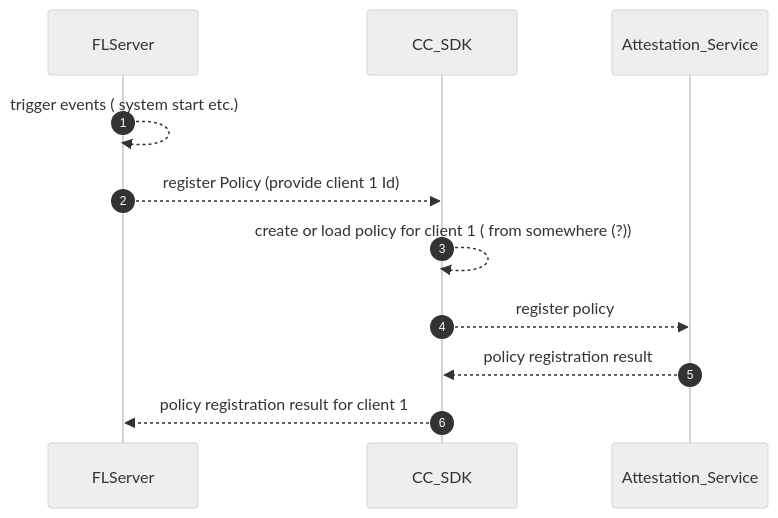
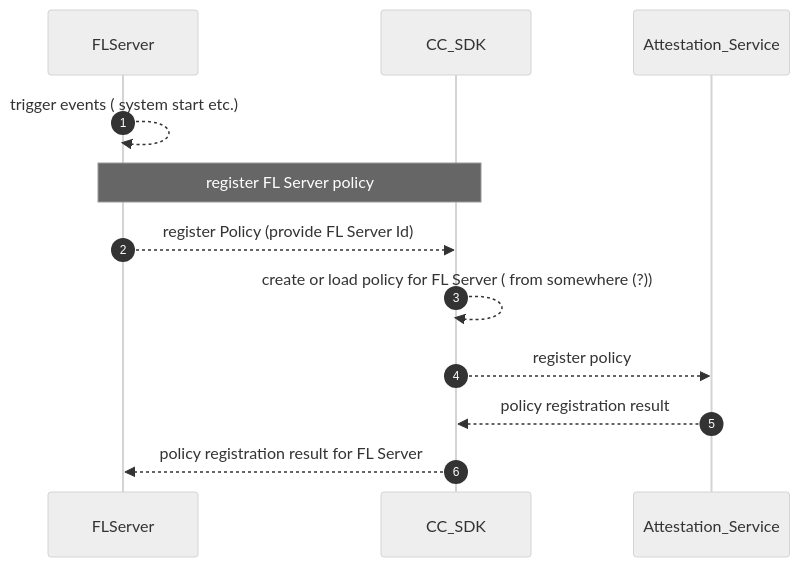
The second of 5 diagrams in docs/confidential_computing/detailed_cc_sequence_diagram.md (hitesh-ag1/NVFlare), drawn with Mermaid (neutral theme) before and after one commit. The commit also changed other lines of this file, not shown here.

Commit message:
Sequence diagram for CC

````diff
--- a/docs/confidential_computing/detailed_cc_sequence_diagram.md
+++ b/docs/confidential_computing/detailed_cc_sequence_diagram.md
@@ -41,15 +43,16 @@
 ```mermaid
 sequenceDiagram
    autonumber
     participant FLServer
     participant CC_SDK
     participant Attestation_Service
 
     FLServer -->> FLServer: trigger events ( system start etc.)
-    FLServer -->> CC_SDK: register Policy (provide client 1 Id) 
-    CC_SDK -->> CC_SDK: create or load policy for client 1  ( from somewhere (?))
+    Note over FLServer, CC_SDK: register FL Server policy
+    FLServer -->> CC_SDK: register Policy (provide FL Server Id) 
+    CC_SDK -->> CC_SDK: create or load policy for FL Server ( from somewhere (?))
     CC_SDK -->> Attestation_Service: register policy
     Attestation_Service -->> CC_SDK: policy registration result
-    CC_SDK -->> FLServer: policy registration result for client 1
+    CC_SDK -->> FLServer: policy registration result for FL Server
  
 ```
````
